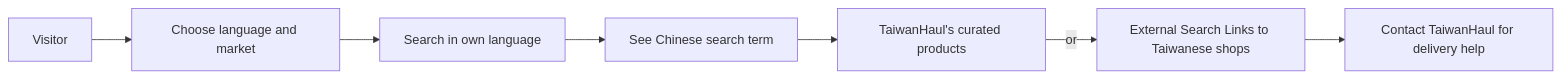
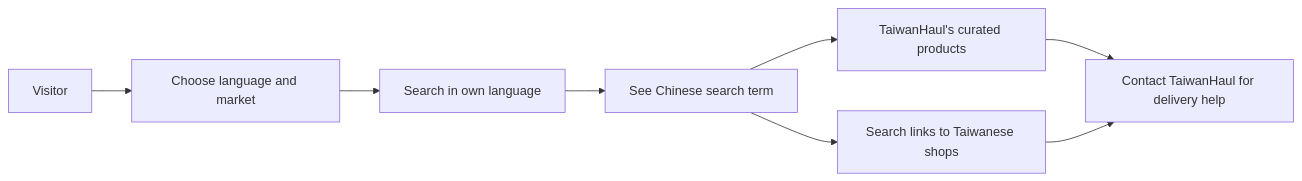
The diagram in README.md (iskWang/taiwanhaul), drawn with Mermaid before and after one commit.

Commit message:
README: external search links are a parallel branch, not a step after results

````diff
--- a/README.md
+++ b/README.md
@@ -7,9 +7,10 @@
 ```mermaid
 flowchart LR
   Visitor --> Preferences["Choose language and market"]
   Preferences --> Search["Search in own language"]
   Search --> Chinese["See Chinese search term"]
   Chinese --> Results["TaiwanHaul's curated products"]
-  Results -->|or| Shops["External Search Links to Taiwanese shops"]
-  Shops --> Contact["Contact TaiwanHaul for delivery help"]
+  Chinese --> Shops["Search links to Taiwanese shops"]
+  Results --> Contact["Contact TaiwanHaul for delivery help"]
+  Shops --> Contact
 ```
````
